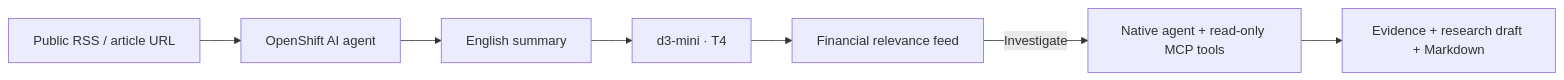
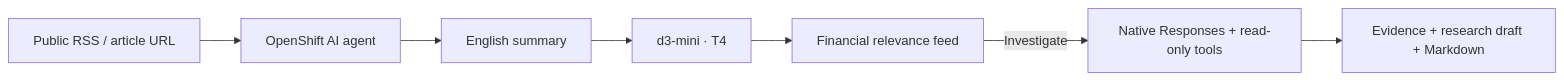
One commit to fjcloud/aro-ai-app-platform changed the diagram in examples/briefing-desk/README.md. Above: the diagram before and after it, drawn with Mermaid. The commit also changed other lines of this file and 6 other files, not shown here.

Commit message:
Use native Responses tool execution with verified source references

````diff
--- a/examples/briefing-desk/README.md
+++ b/examples/briefing-desk/README.md
@@ -6,9 +6,9 @@
 ```mermaid
 flowchart LR
   News[Public RSS / article URL] --> Agent[OpenShift AI agent]
   Agent --> Summary[English summary]
   Summary --> T4[d3-mini · T4]
   T4 --> Feed[Financial relevance feed]
-  Feed -->|Investigate| Research[Native agent + read-only MCP tools]
+  Feed -->|Investigate| Research[Native Responses + read-only tools]
   Research --> Note[Evidence + research draft + Markdown]
 ```
````
